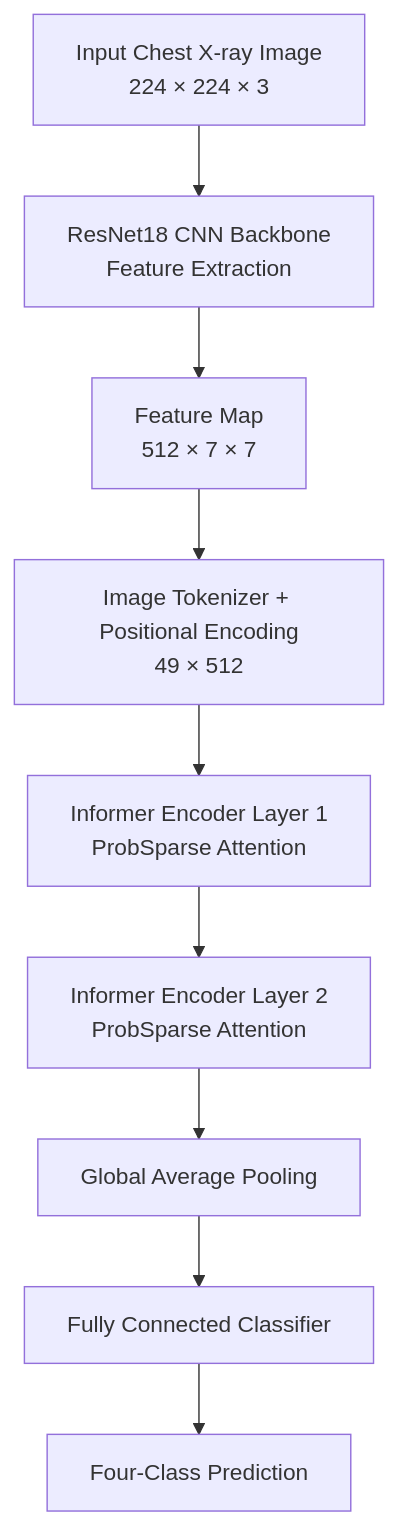
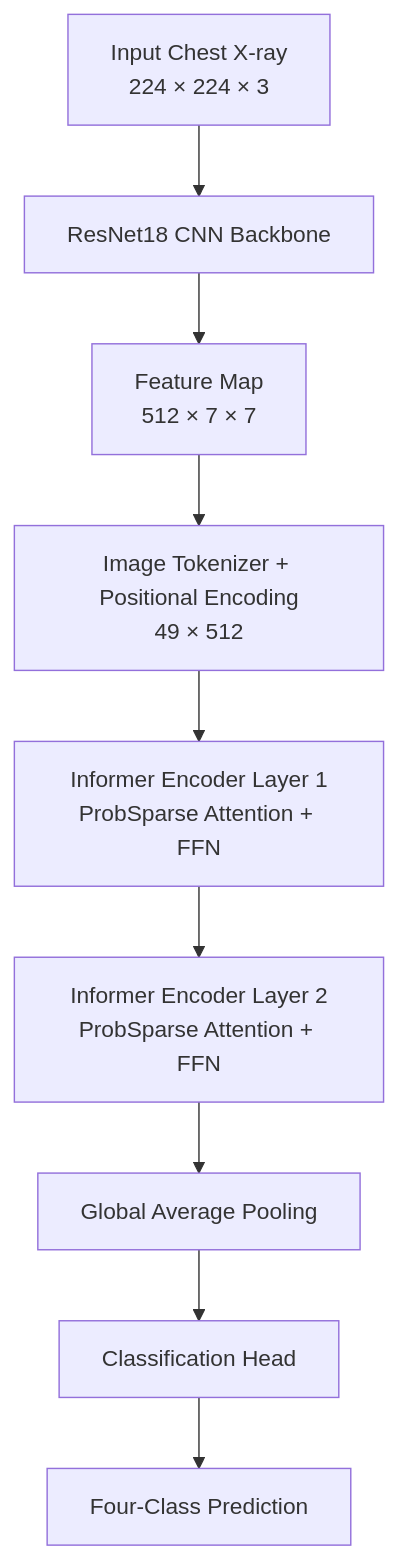
Before and after one commit to Lipika-Pati/Android-Chest-Xray-Informer-Copy: the diagram in README.md, drawn with Mermaid. The commit also changed other lines of this file, not shown here.

````diff
--- a/README.md
+++ b/README.md
@@ -44,14 +91,14 @@
 ```mermaid
 flowchart TD
-    A["Input Chest X-ray Image<br/>224 × 224 × 3"]
-    B["ResNet18 CNN Backbone<br/>Feature Extraction"]
+    A["Input Chest X-ray<br/>224 × 224 × 3"]
+    B["ResNet18 CNN Backbone"]
     C["Feature Map<br/>512 × 7 × 7"]
     D["Image Tokenizer + Positional Encoding<br/>49 × 512"]
-    E["Informer Encoder Layer 1<br/>ProbSparse Attention"]
-    F["Informer Encoder Layer 2<br/>ProbSparse Attention"]
+    E["Informer Encoder Layer 1<br/>ProbSparse Attention + FFN"]
+    F["Informer Encoder Layer 2<br/>ProbSparse Attention + FFN"]
     G["Global Average Pooling"]
-    H["Fully Connected Classifier"]
+    H["Classification Head"]
     I["Four-Class Prediction"]
 
     A --> B --> C --> D --> E --> F --> G --> H --> I
 ```
````
